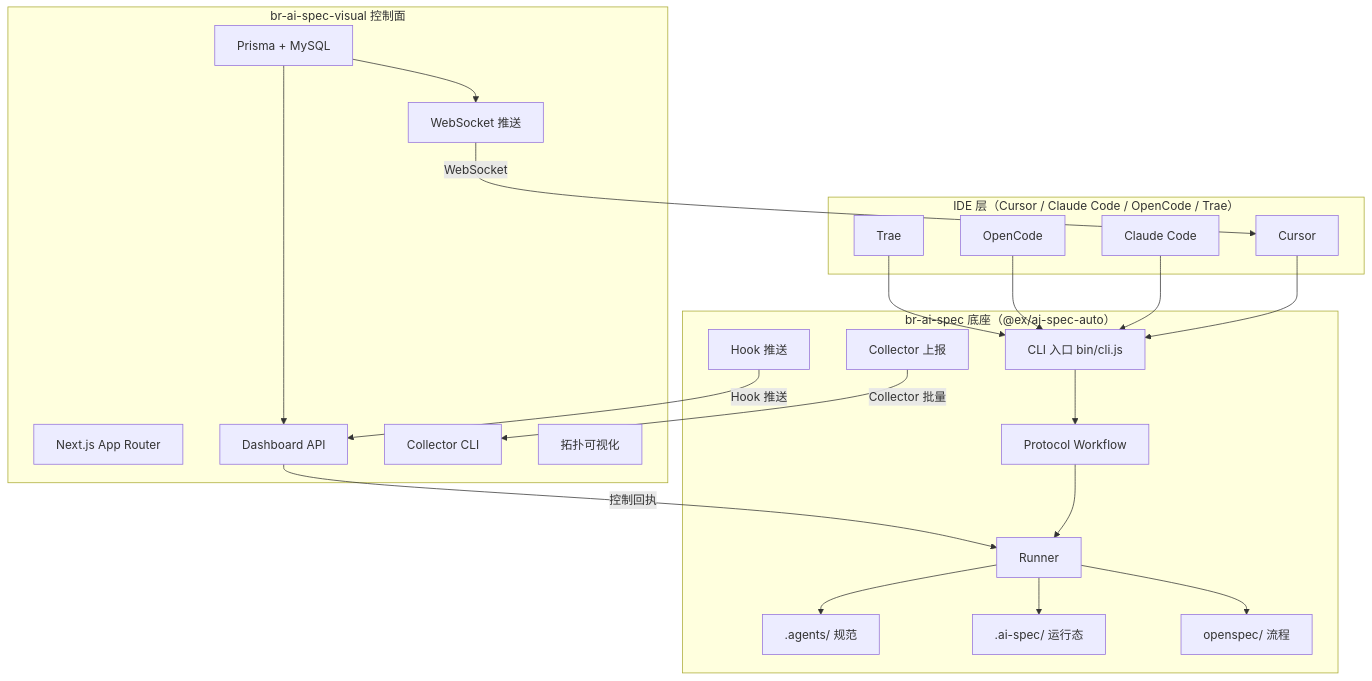
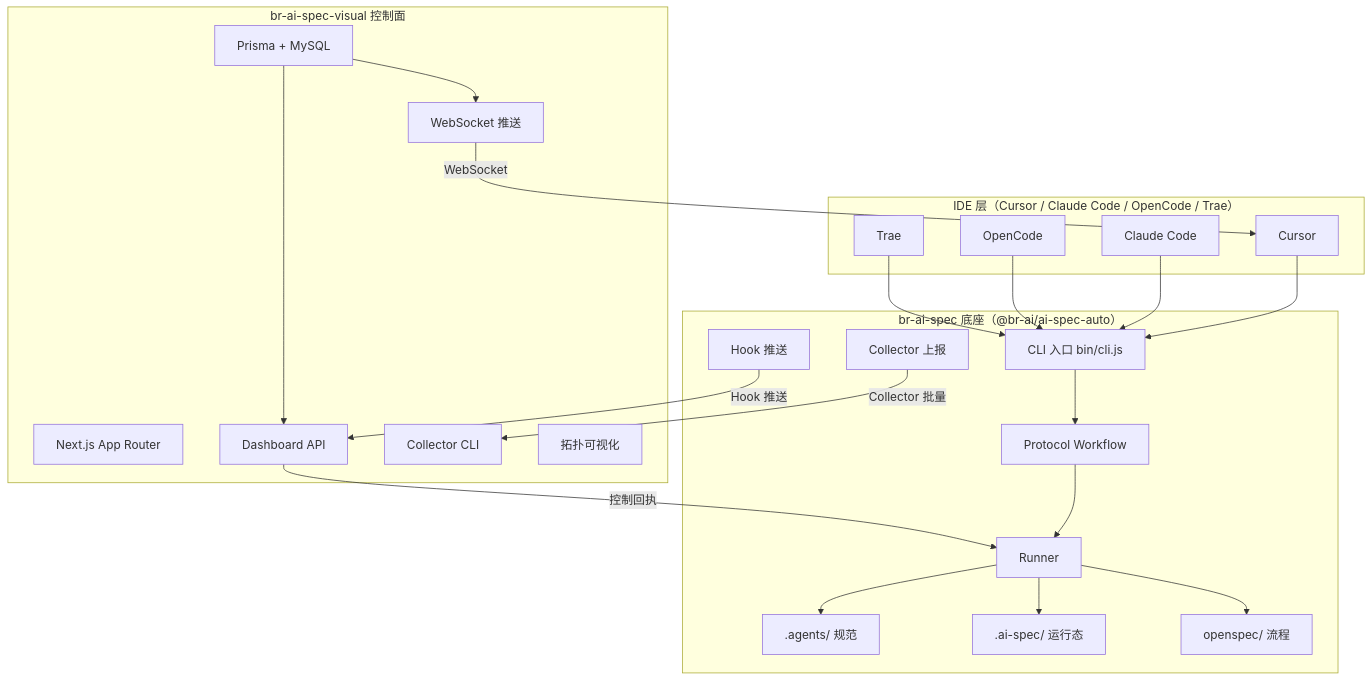
One commit to Colouful/br-ai-spec changed the first of 5 diagrams in docs/four/files/TECH_技术架构文档.md. Above: the diagram before and after it, drawn with Mermaid. The commit also changed other lines of this file and 38 other files, not shown here.

````diff
--- a/docs/four/files/TECH_技术架构文档.md
+++ b/docs/four/files/TECH_技术架构文档.md
@@ -11,44 +11,44 @@
 ```mermaid
 graph TB
     subgraph IDE["IDE 层（Cursor / Claude Code / OpenCode / Trae）"]
         I1[Cursor]
         I2[Claude Code]
         I3[OpenCode]
         I4[Trae]
     end
 
-    subgraph CLI["br-ai-spec 底座（@ex/ai-spec-auto）"]
+    subgraph CLI["br-ai-spec 底座（@br-ai/ai-spec-auto）"]
         C1[CLI 入口 bin/cli.js]
         C2[Protocol Workflow]
         C3[Runner]
         C4[.agents/ 规范]
         C5[.ai-spec/ 运行态]
         C6[openspec/ 流程]
         C7[Hook 推送]
         C8[Collector 上报]
     end
 
     subgraph Visual["br-ai-spec-visual 控制面"]
         V1[Next.js App Router]
         V2[Dashboard API]
         V3[WebSocket 推送]
         V4[Prisma + MySQL]
         V5[Collector CLI]
         V6[拓扑可视化]
     end
 
     I1 --> C1
     I2 --> C1
     I3 --> C1
     I4 --> C1
     C1 --> C2 --> C3
     C3 --> C4
     C3 --> C5
     C3 --> C6
     C7 -->|Hook 推送| V2
     C8 -->|Collector 批量| V5
     V3 -->|WebSocket| I1
     V2 -->|控制回执| C3
     V4 --> V2
     V4 --> V3
 ```
````
